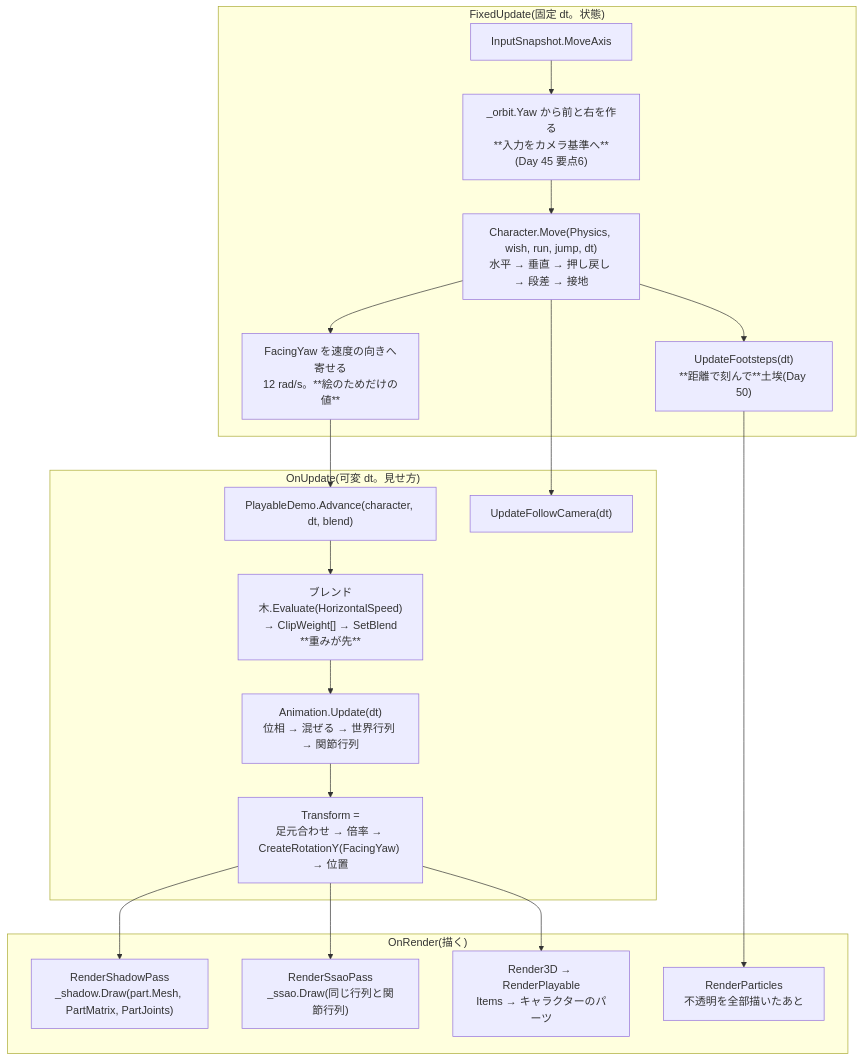
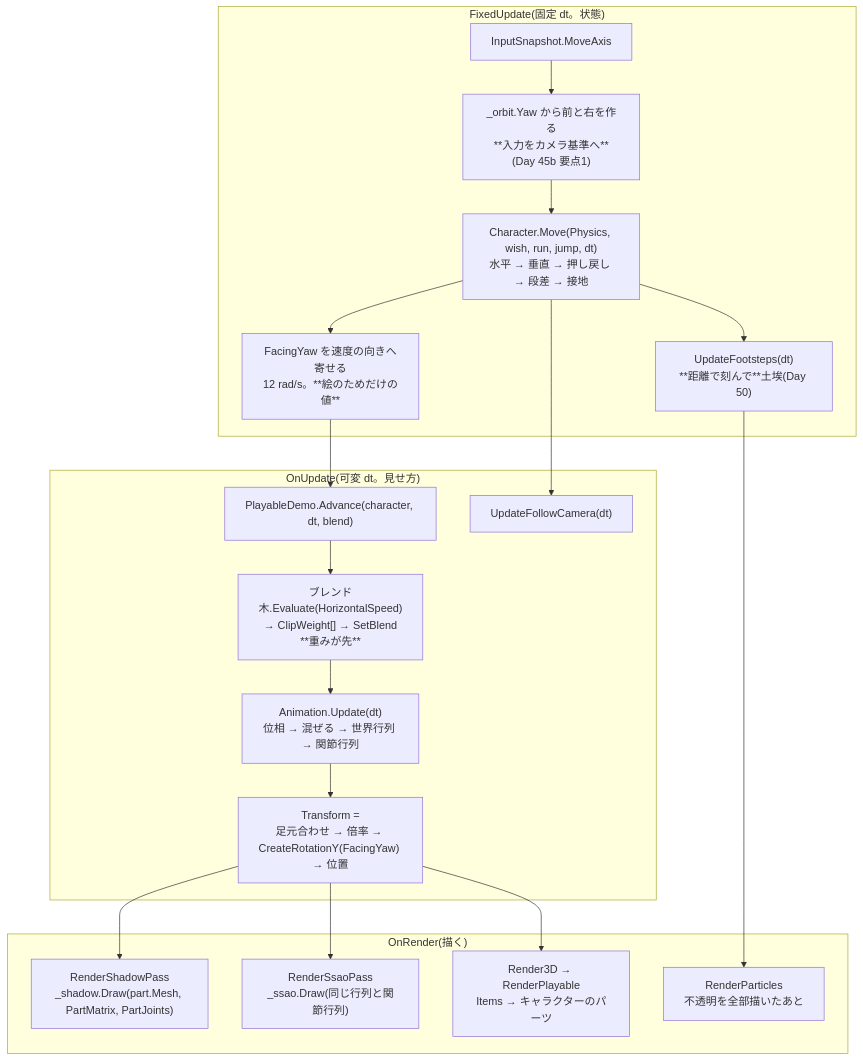
Before and after one commit to honyax/honya-game-engine: the fourth of 60 diagrams in docs/plans/Day51.md, drawn with Mermaid. The commit also changed other lines of this file and 329 other files, not shown here.

````diff
--- a/docs/plans/Day51.md
+++ b/docs/plans/Day51.md
@@ -555,22 +555,22 @@
 ```mermaid
 flowchart TD
     subgraph FIX["FixedUpdate(固定 dt。状態)"]
-        IN["InputSnapshot.MoveAxis"] --> CR["_orbit.Yaw から前と右を作る<br/>**入力をカメラ基準へ**(Day 45 要点6)"]
+        IN["InputSnapshot.MoveAxis"] --> CR["_orbit.Yaw から前と右を作る<br/>**入力をカメラ基準へ**(Day 45b 要点1)"]
         CR --> MV["Character.Move(Physics, wish, run, jump, dt)<br/>水平 → 垂直 → 押し戻し → 段差 → 接地"]
         MV --> FS["UpdateFootsteps(dt)<br/>**距離で刻んで**土埃(Day 50)"]
         MV --> FY["FacingYaw を速度の向きへ寄せる<br/>12 rad/s。**絵のためだけの値**"]
     end
     subgraph VAR["OnUpdate(可変 dt。見せ方)"]
         FY --> AV["PlayableDemo.Advance(character, dt, blend)"]
         AV --> W["ブレンド木.Evaluate(HorizontalSpeed)<br/>→ ClipWeight[] → SetBlend<br/>**重みが先**"]
         W --> AU["Animation.Update(dt)<br/>位相 → 混ぜる → 世界行列 → 関節行列"]
         AU --> TR["Transform =<br/>足元合わせ → 倍率 → CreateRotationY(FacingYaw) → 位置"]
         MV --> FC2["UpdateFollowCamera(dt)"]
     end
     subgraph REN["OnRender(描く)"]
         TR --> SP["RenderShadowPass<br/>_shadow.Draw(part.Mesh, PartMatrix, PartJoints)"]
         TR --> SS["RenderSsaoPass<br/>_ssao.Draw(同じ行列と関節行列)"]
         TR --> R3["Render3D → RenderPlayable<br/>Items → キャラクターのパーツ"]
         FS --> PT["RenderParticles<br/>不透明を全部描いたあと"]
     end
 ```
````
